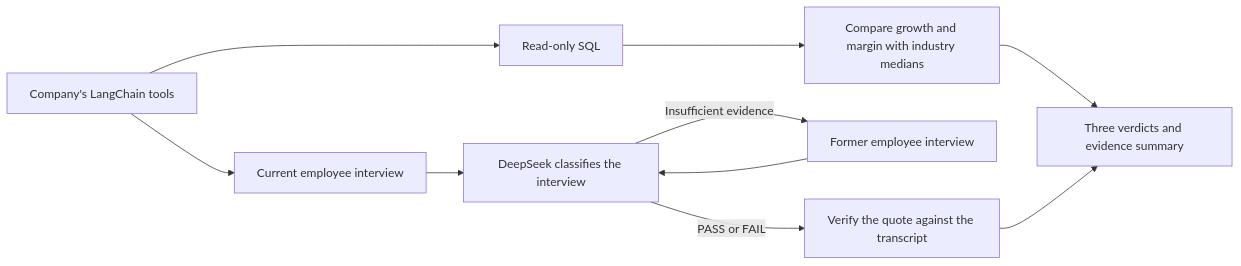
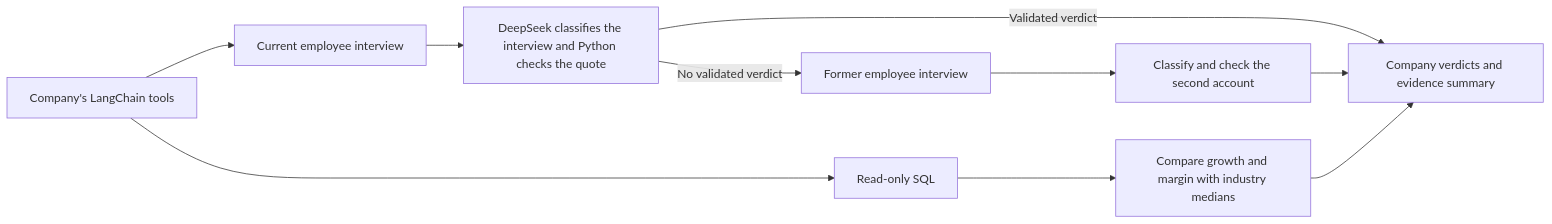
Before and after one commit to HallwayinCHN/FTEC5660-HW3: the diagram in README.md, drawn with Mermaid. The commit also changed other lines of this file and 2 other files, not shown here.

Commit message:
Recover from unvalidated interview replies and clarify evaluation

````diff
--- a/README.md
+++ b/README.md
@@ -185,12 +187,12 @@
 ```mermaid
 flowchart LR
     A["Company's LangChain tools"] --> B["Read-only SQL"]
     A --> C["Current employee interview"]
     B --> D["Compare growth and margin with industry medians"]
-    C --> E["DeepSeek classifies the interview"]
-    E -->|"Insufficient evidence"| F["Former employee interview"]
-    F --> E
-    E -->|"PASS or FAIL"| G["Verify the quote against the transcript"]
-    D --> H["Three verdicts and evidence summary"]
+    C --> E["DeepSeek classifies the interview and Python checks the quote"]
+    E -->|"Validated verdict"| H["Company verdicts and evidence summary"]
+    E -->|"No validated verdict"| F["Former employee interview"]
+    F --> G["Classify and check the second account"]
     G --> H
+    D --> H
 ```
````
